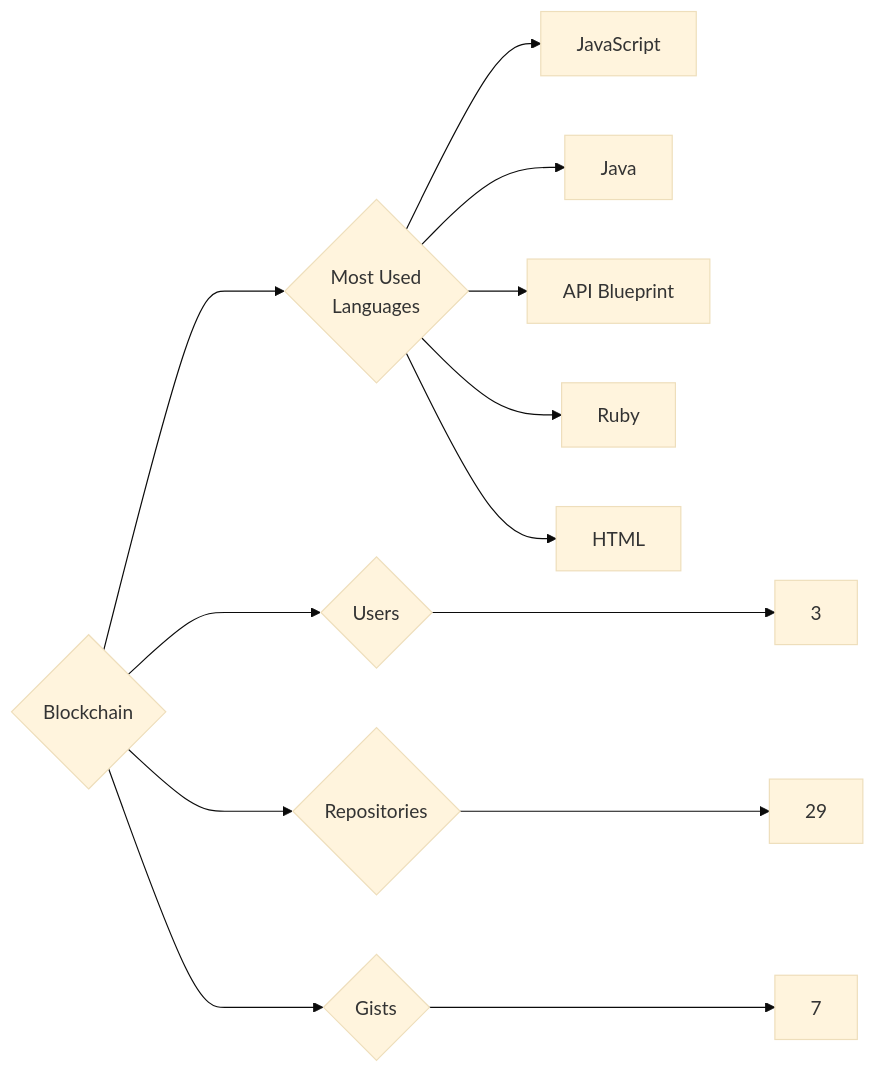
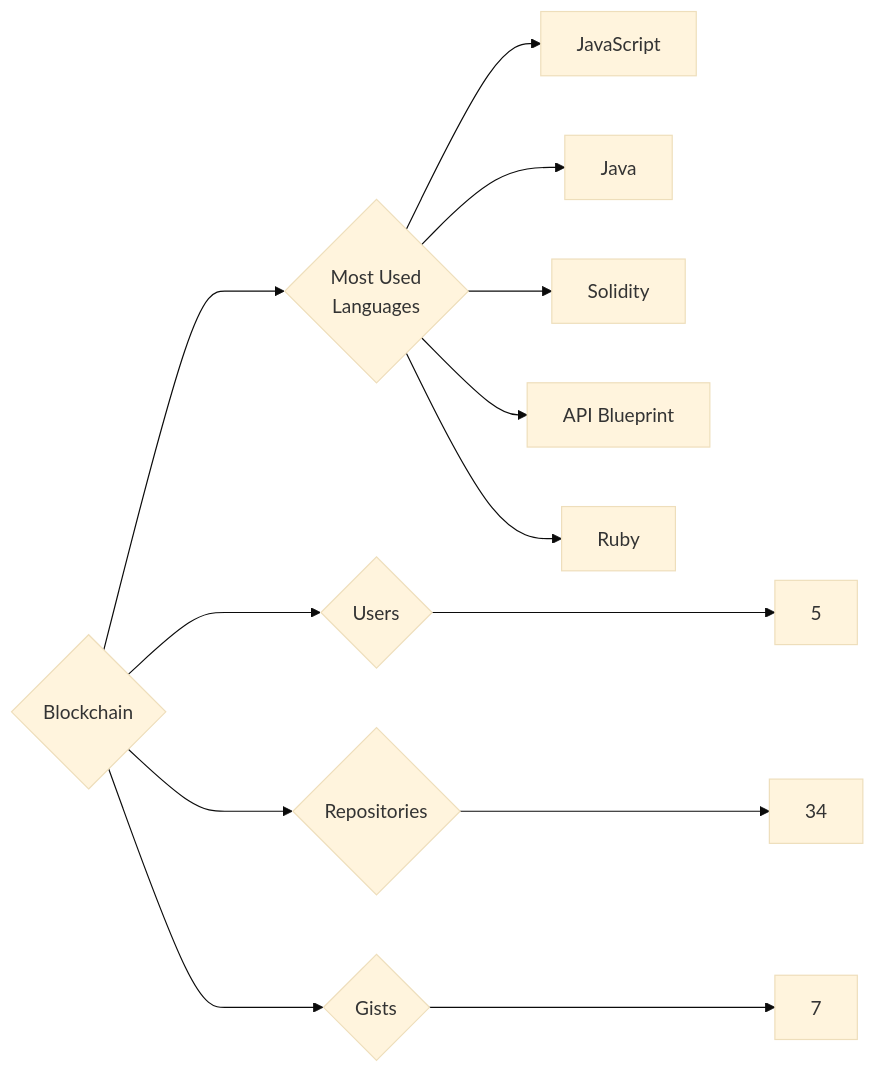
One commit to trickest/insiders changed the diagram in targets/Blockchain/README.md. Above: the diagram before and after it, drawn with Mermaid (base theme). The commit also changed 985 other files, not shown here.

````diff
--- a/targets/Blockchain/README.md
+++ b/targets/Blockchain/README.md
@@ -3,13 +3,13 @@
 ```mermaid
 graph LR
 COMPANY_NAME{Blockchain}
-COMPANY_NAME ---> U{Users} ---> UN[3]
-COMPANY_NAME ---> R{Repositories} ---> RN[29]
+COMPANY_NAME ---> U{Users} ---> UN[5]
+COMPANY_NAME ---> R{Repositories} ---> RN[34]
 COMPANY_NAME ---> G{Gists} ---> GN[7]
 COMPANY_NAME ---> ML{Most Used<br>Languages}
 ML --> JavaScript[JavaScript]
 ML --> Java[Java]
+ML --> Solidity[Solidity]
 ML --> API_Blueprint[API Blueprint]
 ML --> Ruby[Ruby]
-ML --> HTML[HTML]
 ```
````
